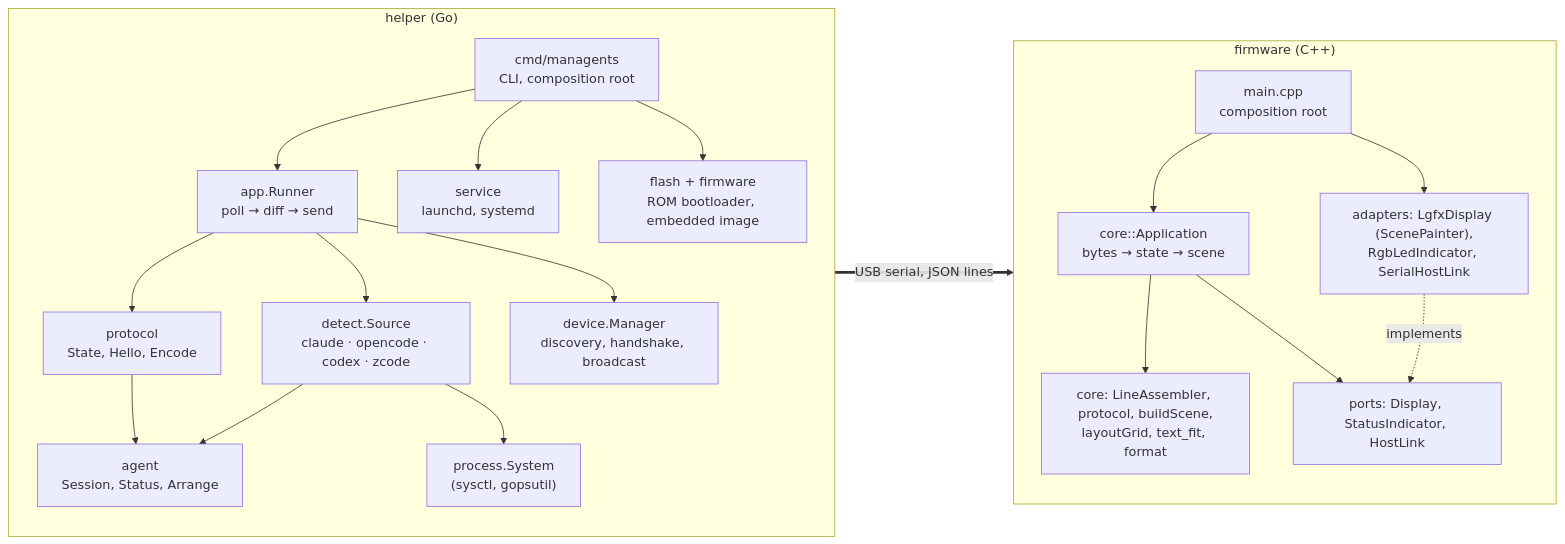
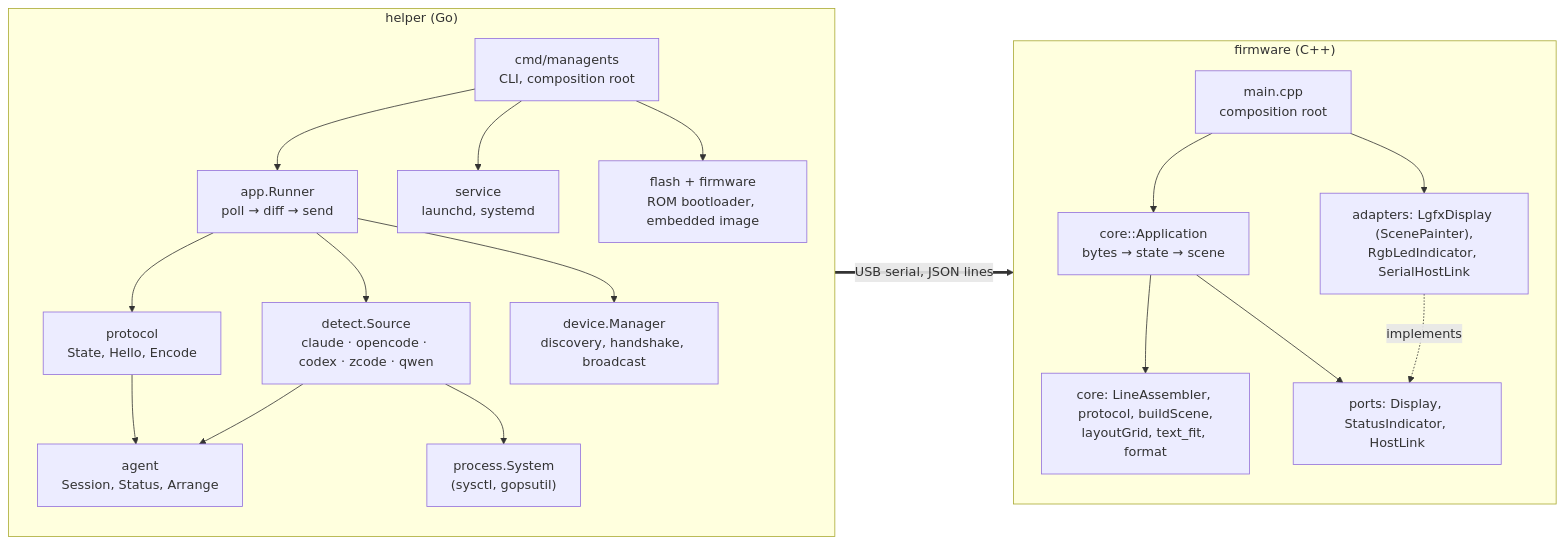
One commit to tonylook/managents changed the first of 2 diagrams in docs/architecture.md. Above: the diagram before and after it, drawn with Mermaid. The commit also changed other lines of this file and 8 other files, not shown here.

````diff
--- a/docs/architecture.md
+++ b/docs/architecture.md
@@ -12,31 +12,31 @@
 ```mermaid
 flowchart LR
     subgraph helper["helper (Go)"]
         direction TB
         cmd["cmd/managents<br/>CLI, composition root"]
         appr["app.Runner<br/>poll → diff → send"]
-        detect["detect.Source<br/>claude · opencode · codex · zcode"]
+        detect["detect.Source<br/>claude · opencode · codex · zcode · qwen"]
         agentd["agent<br/>Session, Status, Arrange"]
         proto["protocol<br/>State, Hello, Encode"]
         device["device.Manager<br/>discovery, handshake, broadcast"]
         procs["process.System<br/>(sysctl, gopsutil)"]
         svc["service<br/>launchd, systemd"]
         flash["flash + firmware<br/>ROM bootloader, embedded image"]
         cmd --> appr & svc & flash
         appr --> detect & proto & device
         detect --> agentd & procs
         proto --> agentd
     end
     subgraph firmware["firmware (C++)"]
         direction TB
         main["main.cpp<br/>composition root"]
         appc["core::Application<br/>bytes → state → scene"]
         corep["core: LineAssembler, protocol, buildScene,<br/>layoutGrid, text_fit, format"]
         ports["ports: Display, StatusIndicator, HostLink"]
         adapters["adapters: LgfxDisplay (ScenePainter),<br/>RgbLedIndicator, SerialHostLink"]
         main --> appc & adapters
         appc --> corep & ports
         adapters -. implements .-> ports
     end
     device == "USB serial, JSON lines" ==> main
 ```
````
